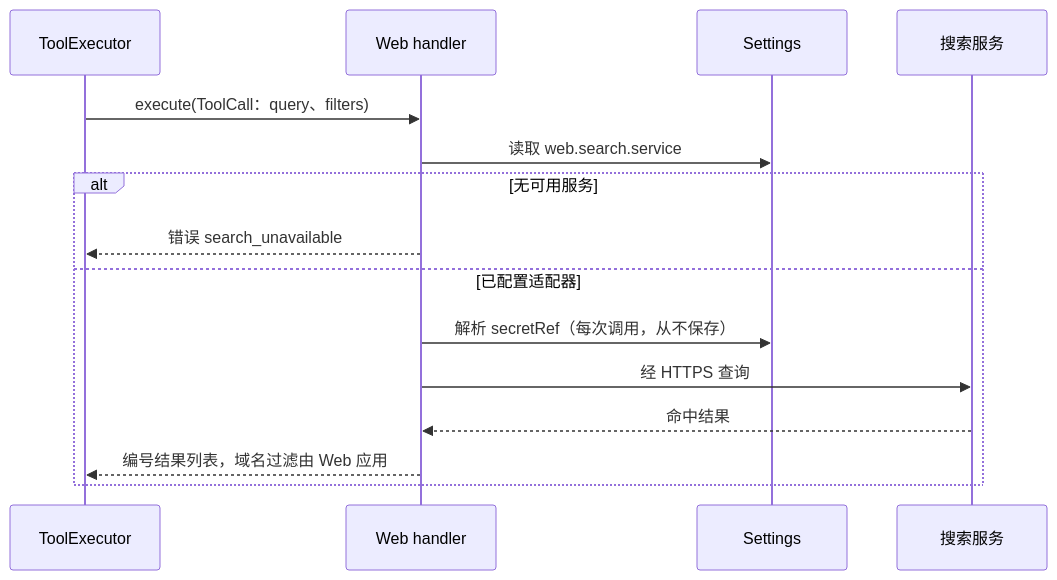
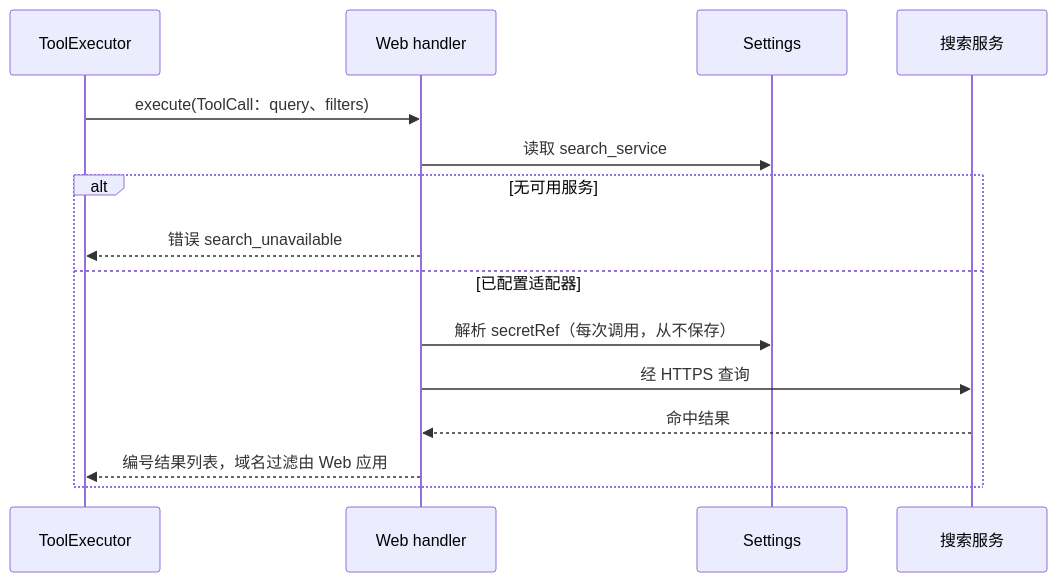
Before and after one commit to CoutinhoTTS/dim-agent: the fourth of 5 diagrams in docs/zh/design/plugins/Web.md, drawn with Mermaid. The commit also changed other lines of this file and 27 other files, not shown here.

````diff
--- a/docs/zh/design/plugins/Web.md
+++ b/docs/zh/design/plugins/Web.md
@@ -89,17 +89,17 @@
 ```mermaid
 sequenceDiagram
   participant X as ToolExecutor
   participant W as Web handler
   participant S as Settings
   participant Q as 搜索服务
   X->>W: execute(ToolCall：query、filters)
-  W->>S: 读取 web.search.service
+  W->>S: 读取 search_service
   alt 无可用服务
     W-->>X: 错误 search_unavailable
   else 已配置适配器
     W->>S: 解析 secretRef（每次调用，从不保存）
     W->>Q: 经 HTTPS 查询
     Q-->>W: 命中结果
     W-->>X: 编号结果列表，域名过滤由 Web 应用
   end
 ```
````
